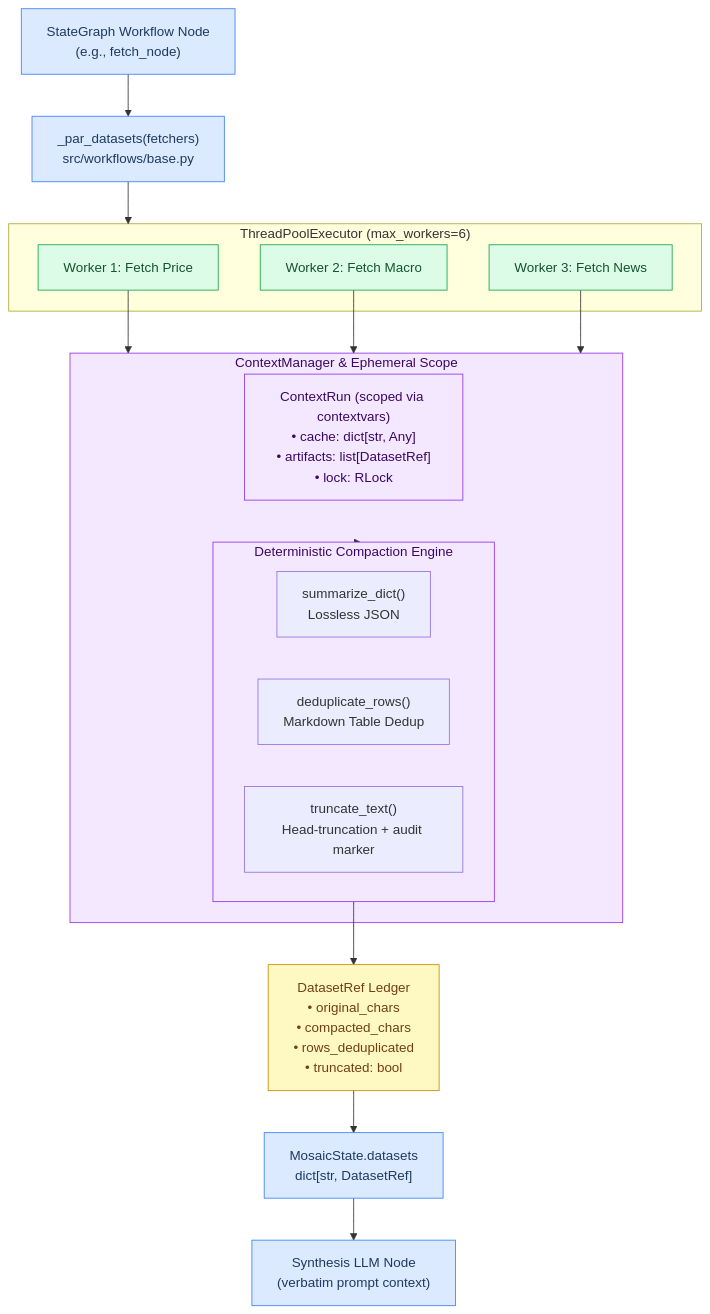
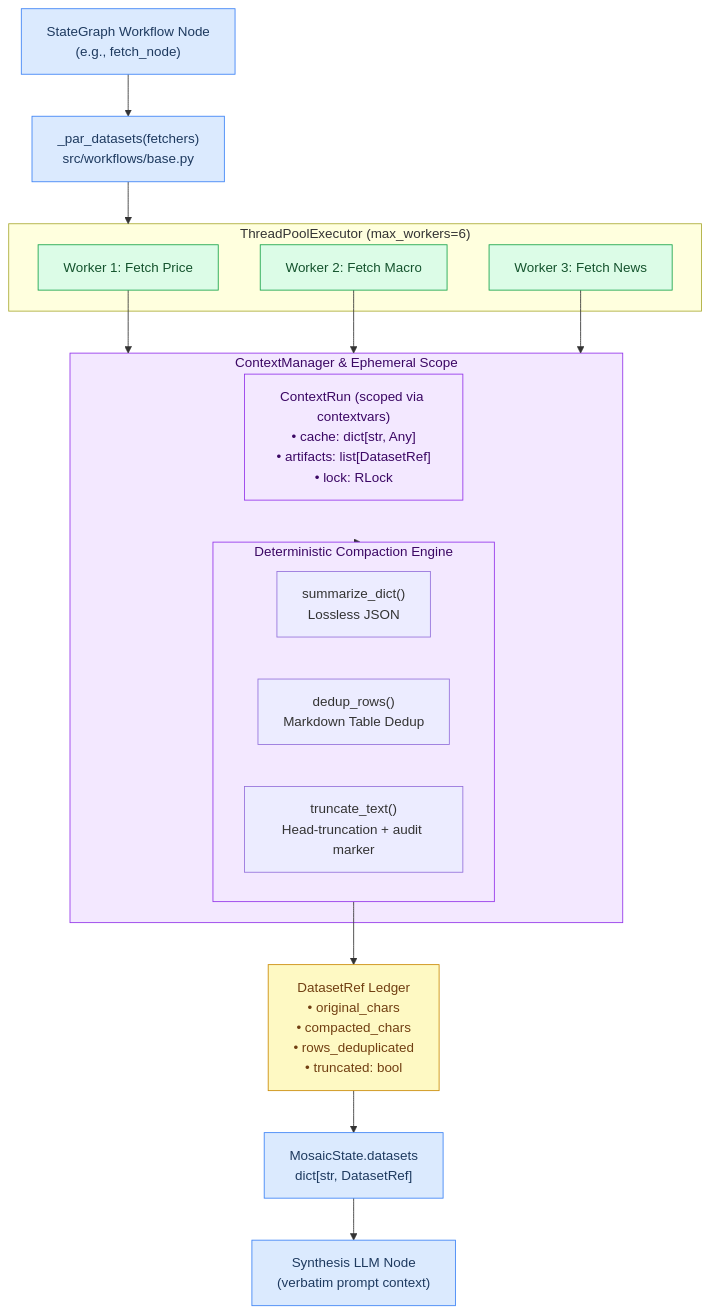
One commit to Mosaic-agent/Mosaic-fund-agent changed the first of 2 diagrams in docs/context-manager.md. Above: the diagram before and after it, drawn with Mermaid.

Commit message:
fix(docs): update dedup_rows function name in context-manager.md diagram

````diff
--- a/docs/context-manager.md
+++ b/docs/context-manager.md
@@ -28,40 +28,40 @@
 ```mermaid
 flowchart TD
     Node["StateGraph Workflow Node\n(e.g., fetch_node)"] --> Par["_par_datasets(fetchers)\nsrc/workflows/base.py"]
     
     subgraph Pool ["ThreadPoolExecutor (max_workers=6)"]
         W1["Worker 1: Fetch Price"]
         W2["Worker 2: Fetch Macro"]
         W3["Worker 3: Fetch News"]
     end
     
     Par --> Pool
     
     subgraph CM ["ContextManager & Ephemeral Scope"]
         Run["ContextRun (scoped via contextvars)\n• cache: dict[str, Any]\n• artifacts: list[DatasetRef]\n• lock: RLock"]
         
         subgraph Compaction ["Deterministic Compaction Engine"]
             D1["summarize_dict()\nLossless JSON"]
-            D2["deduplicate_rows()\nMarkdown Table Dedup"]
+            D2["dedup_rows()\nMarkdown Table Dedup"]
             D3["truncate_text()\nHead-truncation + audit marker"]
         end
     end
     
     W1 & W2 & W3 --> CM
     CM --> Compaction
     
     Compaction --> Ref["DatasetRef Ledger\n• original_chars\n• compacted_chars\n• rows_deduplicated\n• truncated: bool"]
     
     Ref --> State["MosaicState.datasets\ndict[str, DatasetRef]"]
     State --> Synth["Synthesis LLM Node\n(verbatim prompt context)"]
 
     classDef workflow fill:#dbeafe,stroke:#3b82f6,color:#1e3a5f
     classDef infra fill:#f3e8ff,stroke:#9333ea,color:#3b0764
     classDef worker fill:#dcfce7,stroke:#16a34a,color:#14532d
     classDef ledger fill:#fef9c3,stroke:#ca8a04,color:#713f12
 
     class Node,Par,State,Synth workflow
     class CM,Run,Compaction infra
     class W1,W2,W3 worker
     class Ref ledger
 ```
````
